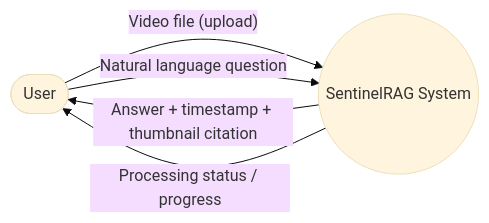
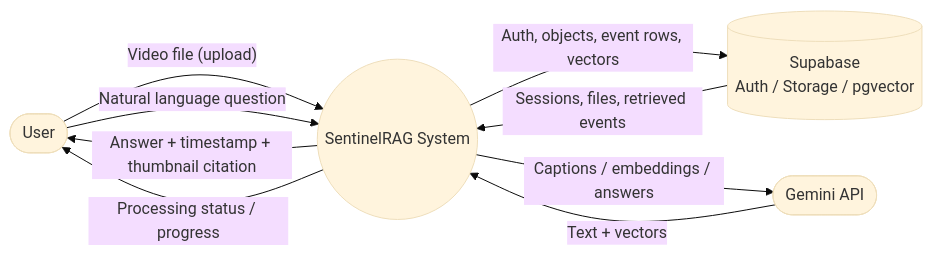
One commit to soumya-xy/sentinalRAG changed the first of 4 diagrams in DFD.md. Above: the diagram before and after it, drawn with Mermaid (base theme). The commit also changed other lines of this file and 43 other files, not shown here.

````diff
--- a/DFD.md
+++ b/DFD.md
@@ -17,10 +17,17 @@
 ```mermaid
 flowchart LR
     User([User])
     Sys((SentinelRAG System))
+    SB[(Supabase
+    Auth / Storage / pgvector)]
+    Gemini([Gemini API])
 
     User -- "Video file (upload)" --> Sys
     User -- "Natural language question" --> Sys
     Sys -- "Answer + timestamp + thumbnail citation" --> User
     Sys -- "Processing status / progress" --> User
+    Sys -- "Auth, objects, event rows, vectors" --> SB
+    SB -- "Sessions, files, retrieved events" --> Sys
+    Sys -- "Captions / embeddings / answers" --> Gemini
+    Gemini -- "Text + vectors" --> Sys
 ```
````
